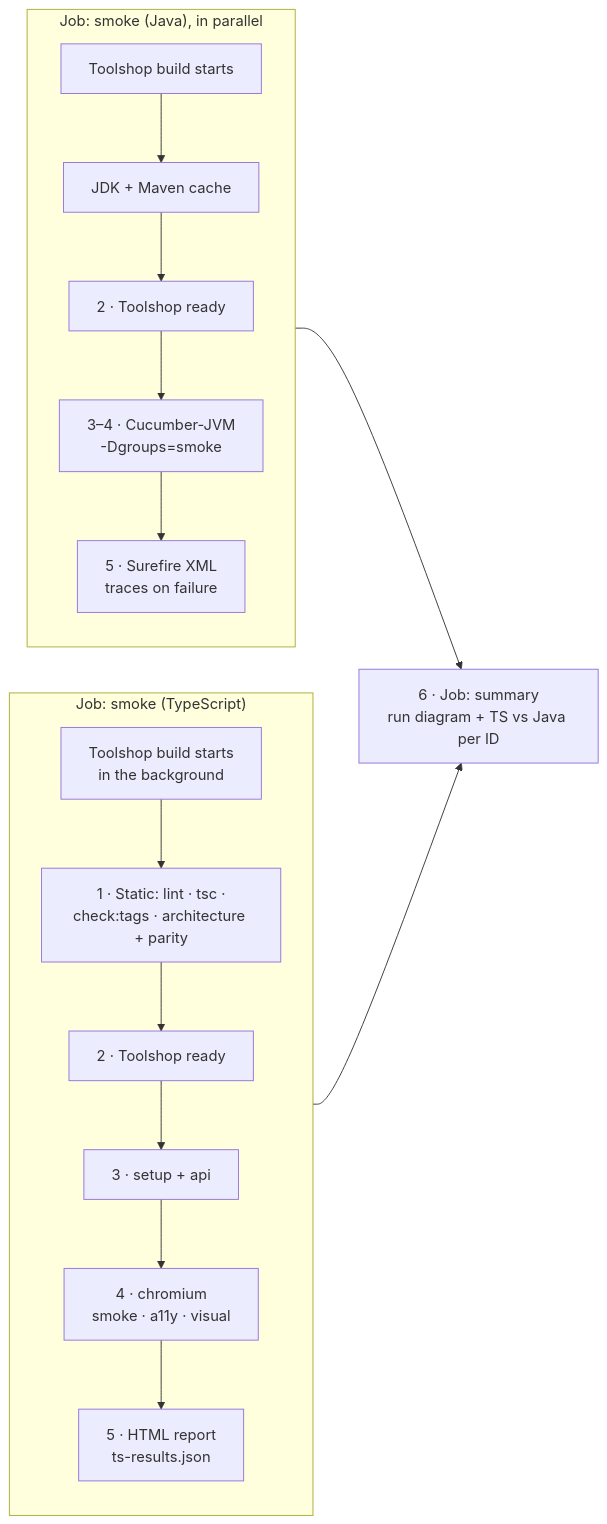
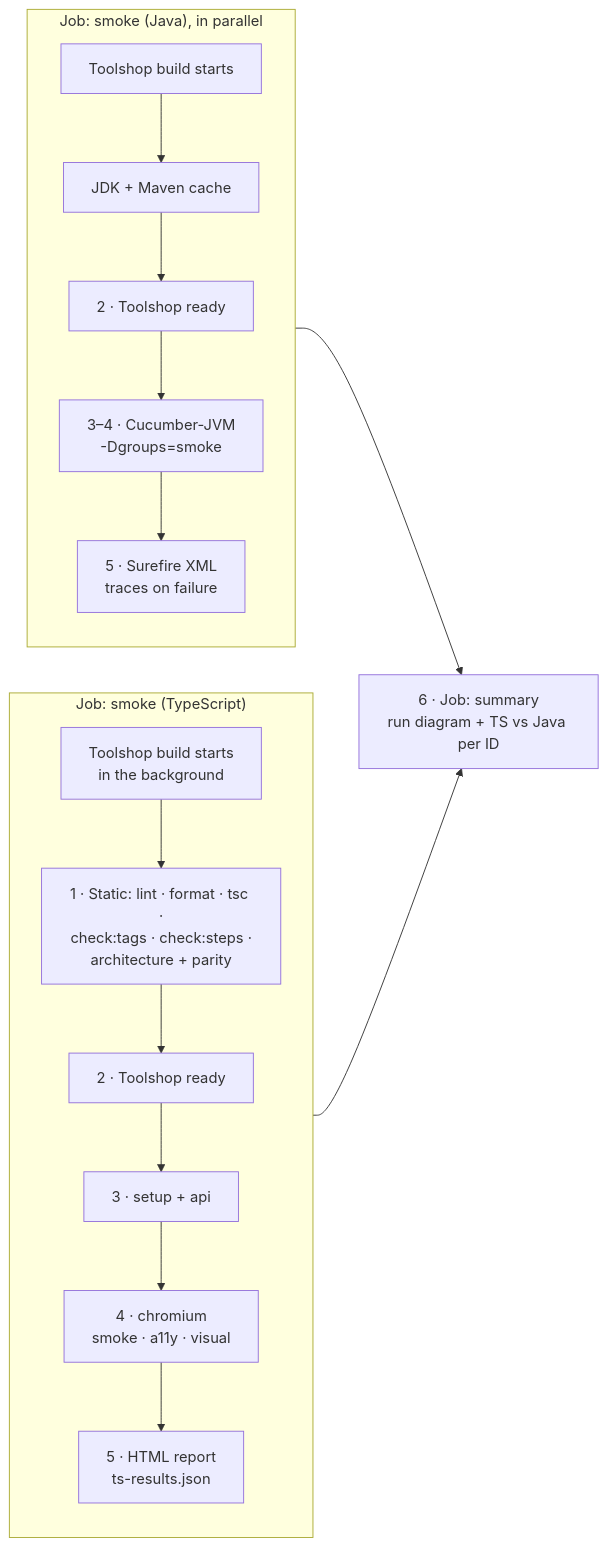
The diagram in docs/test-plan.md (junchunip-hue/playwright-e2e-showcase), drawn with Mermaid before and after one commit. The commit also changed other lines of this file and 6 other files, not shown here.

````diff
--- a/docs/test-plan.md
+++ b/docs/test-plan.md
@@ -19,12 +19,12 @@
 ```mermaid
 flowchart LR
   subgraph TS["Job: smoke (TypeScript)"]
     direction TB
-    T0["Toolshop build starts<br/>in the background"] --> T1["1 · Static: lint · tsc ·<br/>check:tags · architecture + parity"] --> T2["2 · Toolshop ready"] --> T3["3 · setup + api"] --> T4["4 · chromium<br/>smoke · a11y · visual"] --> T5["5 · HTML report<br/>ts-results.json"]
+    T0["Toolshop build starts<br/>in the background"] --> T1["1 · Static: lint · format · tsc ·<br/>check:tags · check:steps ·<br/>architecture + parity"] --> T2["2 · Toolshop ready"] --> T3["3 · setup + api"] --> T4["4 · chromium<br/>smoke · a11y · visual"] --> T5["5 · HTML report<br/>ts-results.json"]
   end
   subgraph JV["Job: smoke (Java), in parallel"]
     direction TB
     J0["Toolshop build starts"] --> J1["JDK + Maven cache"] --> J2["2 · Toolshop ready"] --> J4["3–4 · Cucumber-JVM<br/>-Dgroups=smoke"] --> J5["5 · Surefire XML<br/>traces on failure"]
   end
   T5 & J5 --> SUM["6 · Job: summary<br/>run diagram + TS vs Java per ID"]
 ```
````
